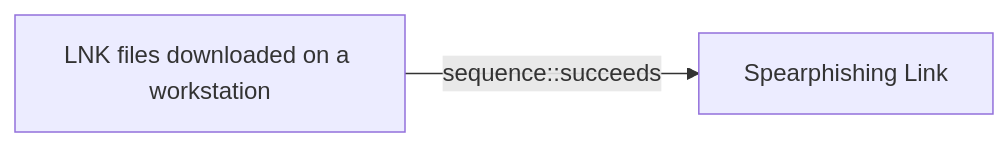
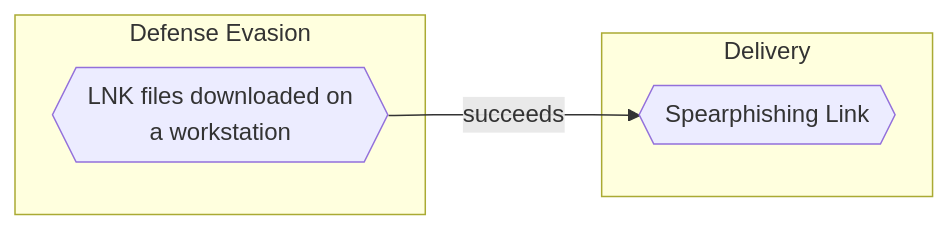
One commit to opentidehq/library changed the diagram in docs/threats/lnk-files-downloaded-on-a-workstation.md. Above: the diagram before and after it, drawn with Mermaid. The commit also changed other lines of this file and 540 other files, not shown here.

````diff
--- a/docs/threats/lnk-files-downloaded-on-a-workstation.md
+++ b/docs/threats/lnk-files-downloaded-on-a-workstation.md
@@ -82,6 +92,10 @@
 ```mermaid
 flowchart LR
-3088db32_843b_439f_9374_f8c04a82b2ec["LNK files downloaded on a workstation"]
-1a68b5eb_0112_424d_a21f_88dda0b6b8df["Spearphishing Link"]
-3088db32_843b_439f_9374_f8c04a82b2ec -->|sequence::succeeds| 1a68b5eb_0112_424d_a21f_88dda0b6b8df
+subgraph "Defense Evasion"
+3088db32_843b_439f_9374_f8c04a82b2ec{{"LNK files downloaded on<br>a workstation"}}
+end
+subgraph "Delivery"
+1a68b5eb_0112_424d_a21f_88dda0b6b8df{{"Spearphishing Link"}}
+end
+3088db32_843b_439f_9374_f8c04a82b2ec -->|succeeds| 1a68b5eb_0112_424d_a21f_88dda0b6b8df
 ```
````
